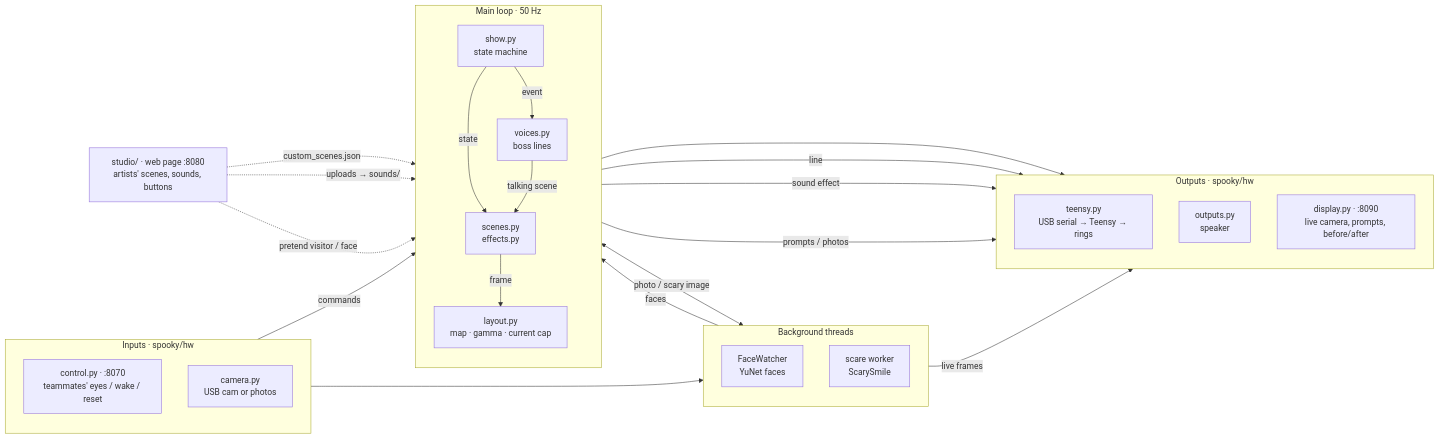
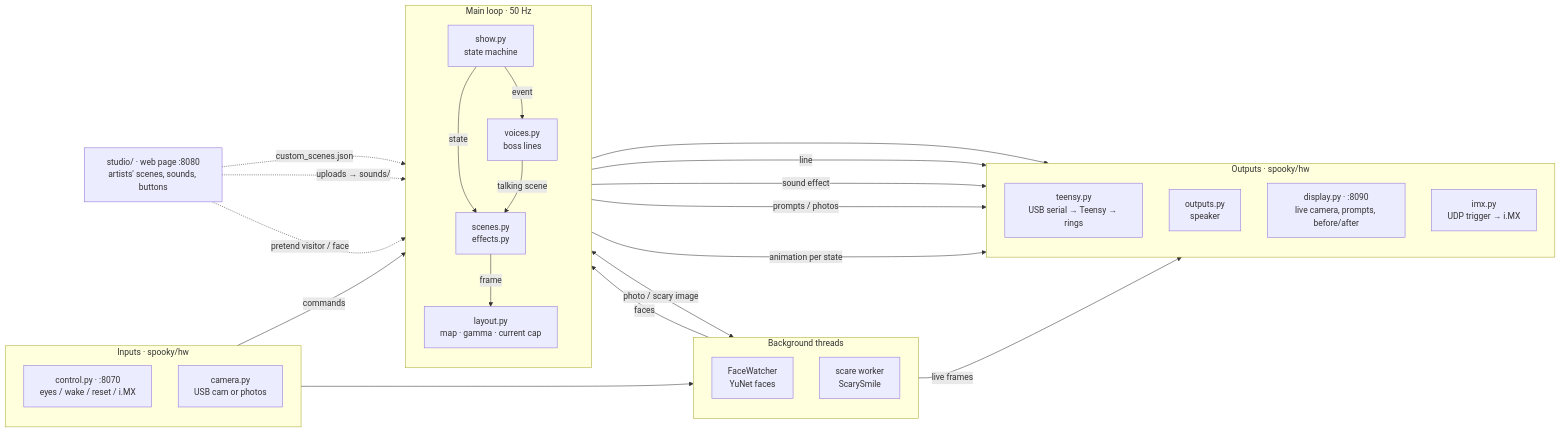
One commit to mxmrsn/spooky-pi changed the diagram in docs/diagrams/software.mmd. Above: the diagram before and after it, drawn with Mermaid. The commit also changed 40 other files, not shown here.

First line of the commit message:
Trigger i.MX animations over UDP; remove the PIR sensors

```diff
--- a/docs/diagrams/software.mmd
+++ b/docs/diagrams/software.mmd
@@ -1,40 +1,42 @@
 flowchart LR
     STUDIO["studio/ · web page :8080<br/>artists' scenes, sounds, buttons"]
     subgraph IN["Inputs · spooky/hw"]
         direction TB
-        CTL["control.py · :8070<br/>teammates' eyes / wake / reset"]
+        CTL["control.py · :8070<br/>eyes / wake / reset / i.MX"]
         CAM["camera.py<br/>USB cam or photos"]
     end
     subgraph BG["Background threads"]
         direction TB
         FW["FaceWatcher<br/>YuNet faces"]
         EX["scare worker<br/>ScarySmile"]
     end
     subgraph CORE["Main loop · 50 Hz"]
         direction TB
         SHOW["show.py<br/>state machine"]
         VO["voices.py<br/>boss lines"]
         SCN["scenes.py<br/>effects.py"]
         LAY["layout.py<br/>map · gamma · current cap"]
     end
     subgraph OUT["Outputs · spooky/hw"]
         direction TB
         LEDS["teensy.py<br/>USB serial → Teensy → rings"]
         SND["outputs.py<br/>speaker"]
         DSP["display.py · :8090<br/>live camera, prompts, before/after"]
+        IMX["imx.py<br/>UDP trigger → i.MX"]
     end
 
     CTL -- commands --> SHOW
     CAM --> FW -- faces --> SHOW
     SHOW <-- "photo / scary image" --> EX
     SHOW -- event --> VO
     SHOW -- state --> SCN
     VO -- "talking scene" --> SCN
     SCN -- frame --> LAY --> LEDS
     VO -- line --> SND
     SHOW -- "sound effect" --> SND
     SHOW -- "prompts / photos" --> DSP
+    SHOW -- "animation per state" --> IMX
     FW -- "live frames" --> DSP
     STUDIO -. "custom_scenes.json" .-> SCN
     STUDIO -. "uploads → sounds/" .-> VO
     STUDIO -. "pretend visitor / face" .-> SHOW
```
